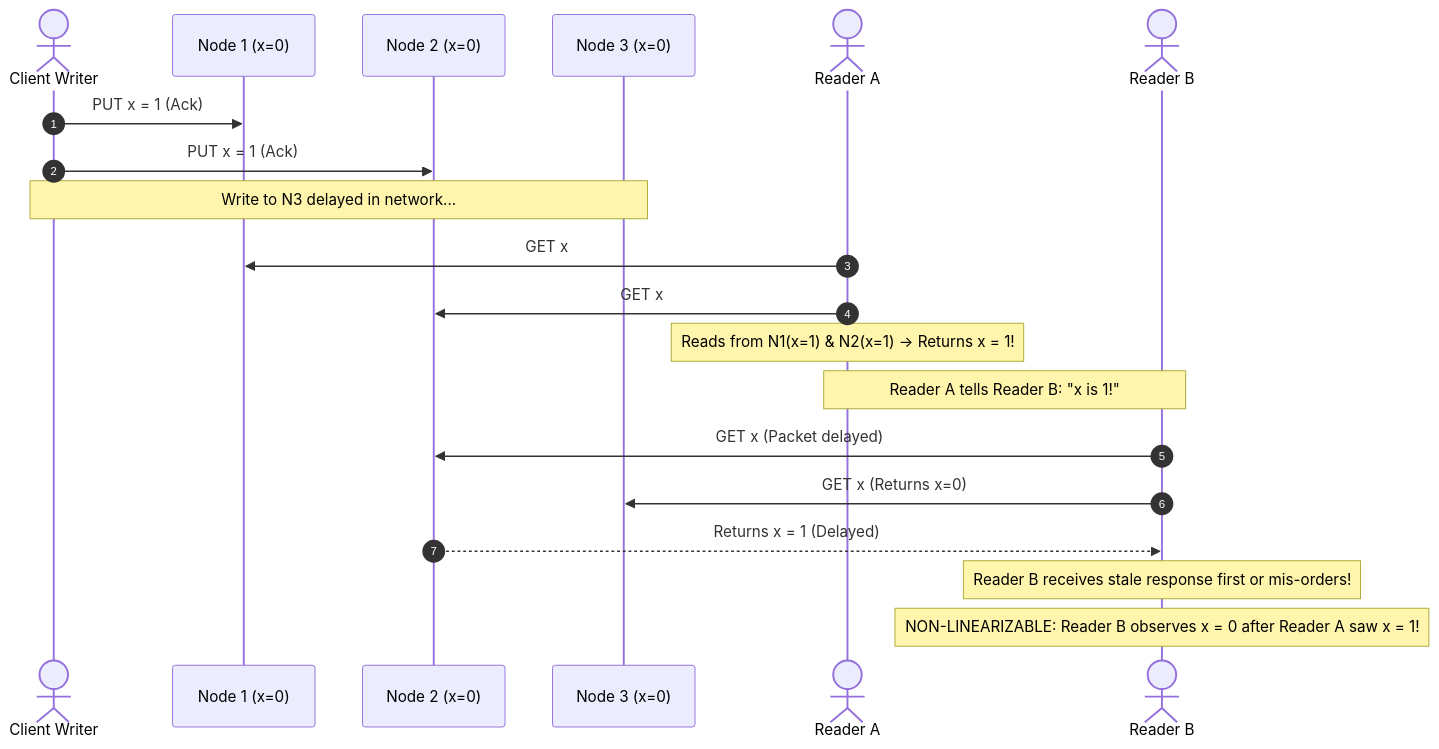
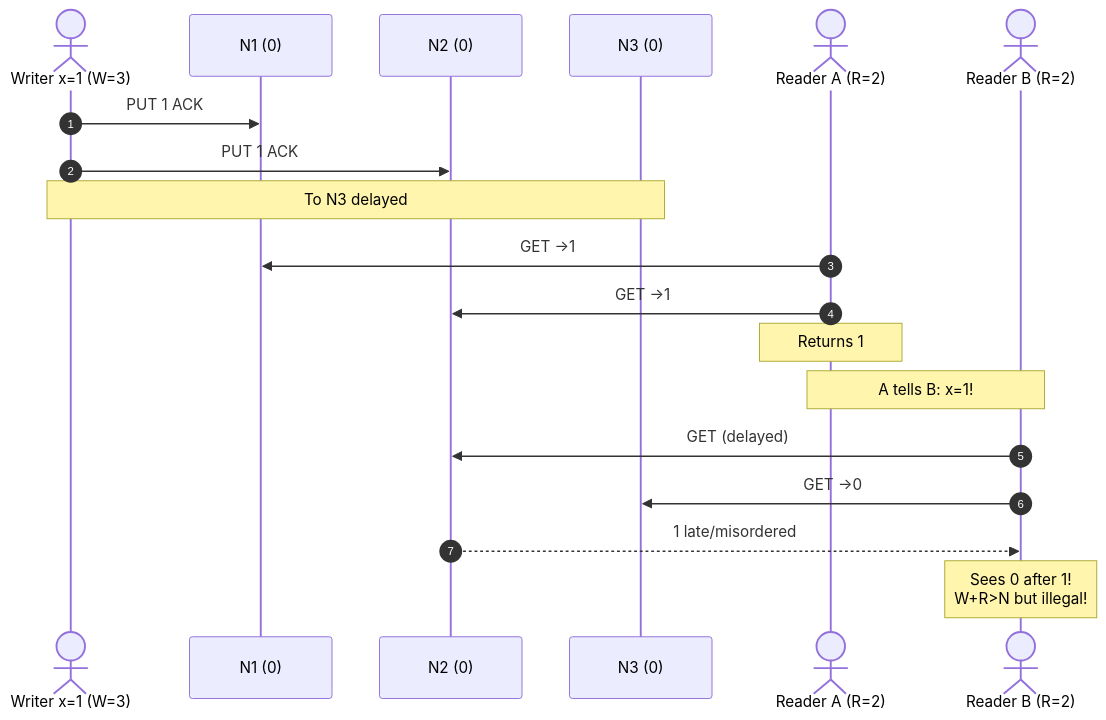
The sixth of 10 diagrams in 01 Designing Data-Intensive Applications/chapter-10-consistency-and-consensus.md (1mimhe/books-summery), drawn with Mermaid before and after one commit. The commit also changed other lines of this file and 2 other files, not shown here.

Commit message:
docs(book01): forensic rewrite ch08-10 (14 txn figs+XSSI, fig 9-5/Byzantine, IDs/UUID consensus)

````diff
--- a/01 Designing Data-Intensive Applications/chapter-10-consistency-and-consensus.md
+++ b/01 Designing Data-Intensive Applications/chapter-10-consistency-and-consensus.md
@@ -285,26 +295,21 @@
 ```mermaid
 sequenceDiagram
   autonumber
-  actor Writer as Client Writer
-  participant N1 as Node 1 (x=0)
-  participant N2 as Node 2 (x=0)
-  participant N3 as Node 3 (x=0)
-  actor RA as Reader A
-  actor RB as Reader B
-
-  Writer->>N1: PUT x = 1 (Ack)
-  Writer->>N2: PUT x = 1 (Ack)
-  Note over Writer,N3: Write to N3 delayed in network...
-
-  RA->>N1: GET x
-  RA->>N2: GET x
-  Note over RA: Reads from N1(x=1) & N2(x=1) -> Returns x = 1!
-
-  Note over RA,RB: Reader A tells Reader B: "x is 1!"
-
-  RB->>N2: GET x (Packet delayed)
-  RB->>N3: GET x (Returns x=0)
-  N2-->>RB: Returns x = 1 (Delayed)
-  Note over RB: Reader B receives stale response first or mis-orders!
-  Note over RB: NON-LINEARIZABLE: Reader B observes x = 0 after Reader A saw x = 1!
+  actor Wr as Writer x=1 (W=3)
+  participant N1 as N1 (0)
+  participant N2 as N2 (0)
+  participant N3 as N3 (0)
+  actor RA as Reader A (R=2)
+  actor RB as Reader B (R=2)
+  Wr->>N1: PUT 1 ACK
+  Wr->>N2: PUT 1 ACK
+  Note over Wr,N3: To N3 delayed
+  RA->>N1: GET →1
+  RA->>N2: GET →1
+  Note over RA: Returns 1
+  Note over RA,RB: A tells B: x=1!
+  RB->>N2: GET (delayed)
+  RB->>N3: GET →0
+  N2-->>RB: 1 late/misordered
+  Note over RB: Sees 0 after 1!<br/>W+R>N but illegal!
 ```
````
